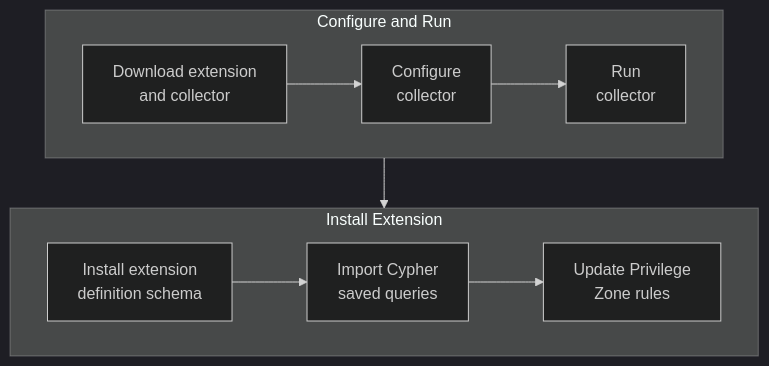
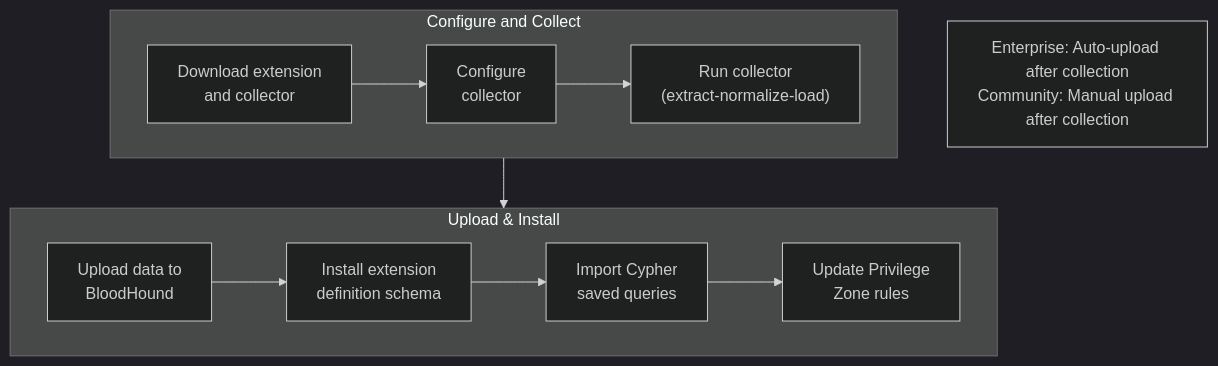
One commit to SpecterOps/bloodhound-docs changed the first of 2 diagrams in docs/opengraph/extensions/manage.mdx. Above: the diagram before and after it, drawn with Mermaid (dark theme). The commit also changed other lines of this file, not shown here.

Commit message:
docs: intro for openhound in extension mgmt

````diff
--- a/docs/opengraph/extensions/manage.mdx
+++ b/docs/opengraph/extensions/manage.mdx
@@ -112,16 +119,19 @@
 ```mermaid
 flowchart TB
-	subgraph prepare[Configure and Run]
+	subgraph prepare["Configure and Collect"]
 		a["Download extension<br/>and collector"]
-        a-->b["Configure<br/> collector"]
-        b-->c["Run<br/>collector"]
+        a-->b["Configure<br/>collector"]
+        b-->c["Run collector<br/>(extract-normalize-load)"]
     end
 
-	subgraph upload[Install Extension]
-		f["Install extension<br/>definition schema"]
-        f-->g["Import Cypher<br/>saved queries"]
-		g-->h["Update Privilege<br/>Zone rules"]
+	subgraph upload["Upload & Install"]
+		f["Upload data to<br/>BloodHound"]
+        f-->g["Install extension<br/>definition schema"]
+        g-->h["Import Cypher<br/>saved queries"]
+        h-->i["Update Privilege<br/>Zone rules"]
 	end
 
     prepare-->upload
+
+	note["Enterprise: Auto-upload after collection<br/>Community: Manual upload after collection"]
 ```
````
